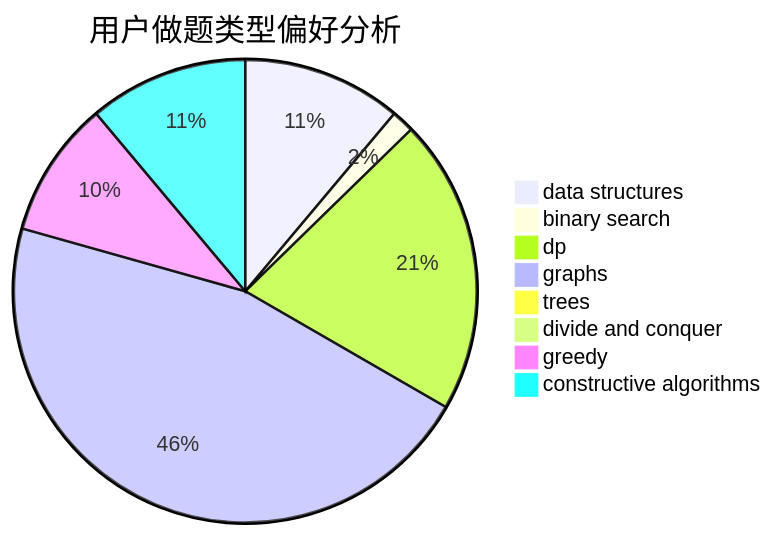
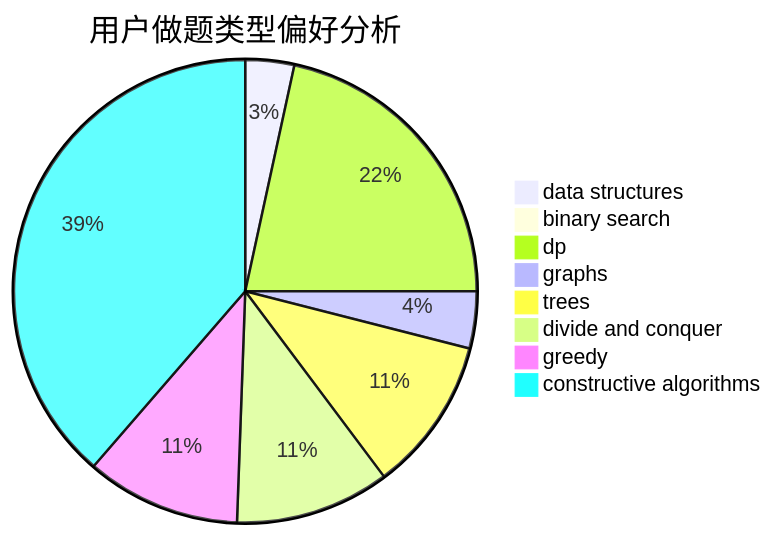
The second of 3 diagrams in docs/user/u36.md (sherpahu/cfrs.github.io), drawn with Mermaid before and after one commit. The commit also changed other lines of this file and 2770 other files, not shown here.

````diff
--- a/docs/user/u36.md
+++ b/docs/user/u36.md
@@ -23,11 +23,11 @@
 ```mermaid
 pie title 用户做题类型偏好分析
-    "data structures" :  7
-    "binary search" :  1
-    "dp" :  13
-    "graphs" :  29
-    "trees" :  0
-    "divide and conquer" :  0
-    "greedy" :  6
-    "constructive algorithms" :  7
+    "data structures" :  6
+    "binary search" :  0
+    "dp" :  38
+    "graphs" :  7
+    "trees" :  19
+    "divide and conquer" :  19
+    "greedy" :  19
+    "constructive algorithms" :  68
 ```
````
